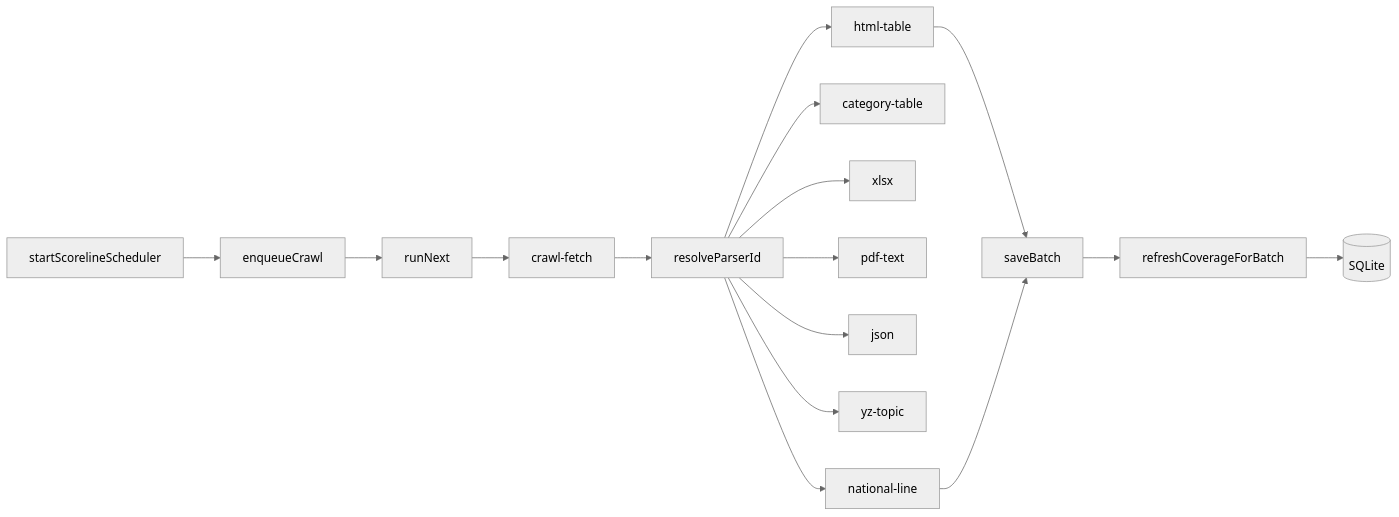
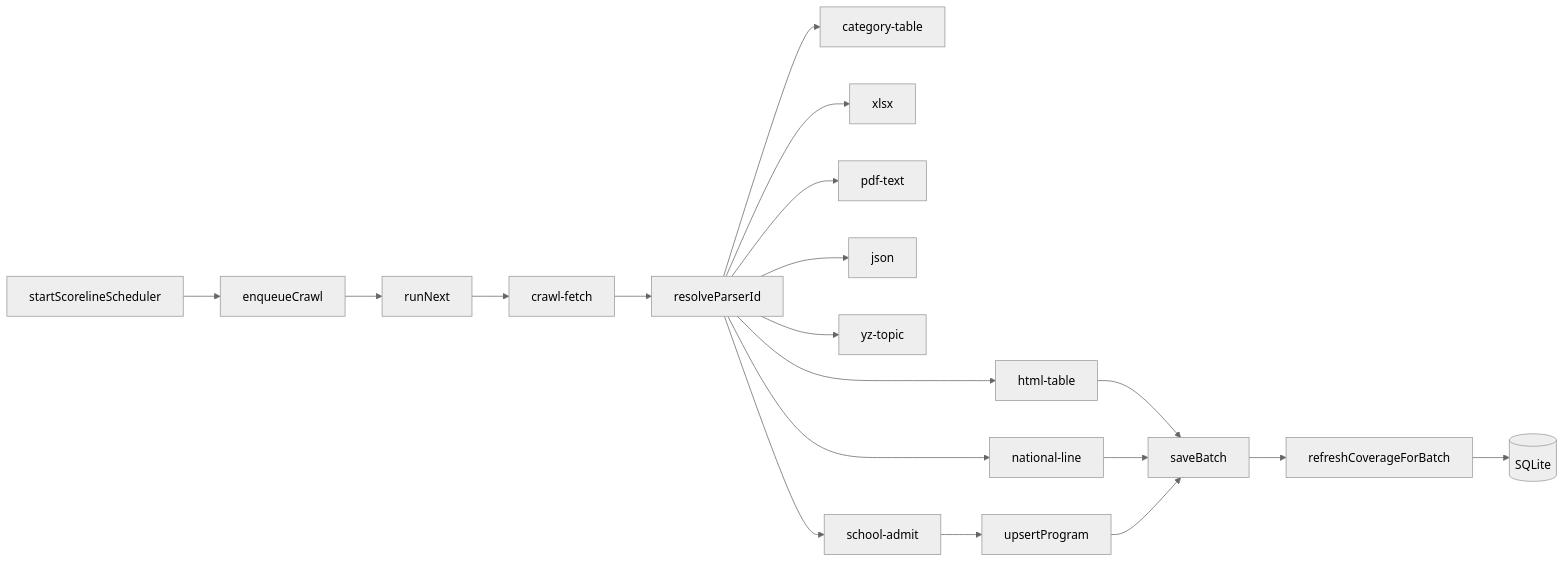
Before and after one commit to 2932238802/Vesta: the third of 3 diagrams in docs/reference/03-系统架构.md, drawn with Mermaid (neutral theme). The commit also changed other lines of this file and 40 other files, not shown here.

````diff
--- a/docs/reference/03-系统架构.md
+++ b/docs/reference/03-系统架构.md
@@ -140,18 +140,21 @@
 ```mermaid
 flowchart LR
   Scheduler[startScorelineScheduler] --> Enqueue[enqueueCrawl]
   Enqueue --> Run[runNext]
   Run --> Fetch[crawl-fetch]
   Fetch --> Dispatch[resolveParserId]
   Dispatch --> P1[html-table]
   Dispatch --> P2[category-table]
   Dispatch --> P3[xlsx]
   Dispatch --> P4[pdf-text]
   Dispatch --> P5[json]
   Dispatch --> P6[yz-topic]
   Dispatch --> P7[national-line]
+  Dispatch --> P8[school-admit]
   P1 --> Save[saveBatch]
   P7 --> Save
+  P8 --> Program[upsertProgram]
+  Program --> Save
   Save --> Coverage[refreshCoverageForBatch]
   Coverage --> DB[(SQLite)]
 ```
````
